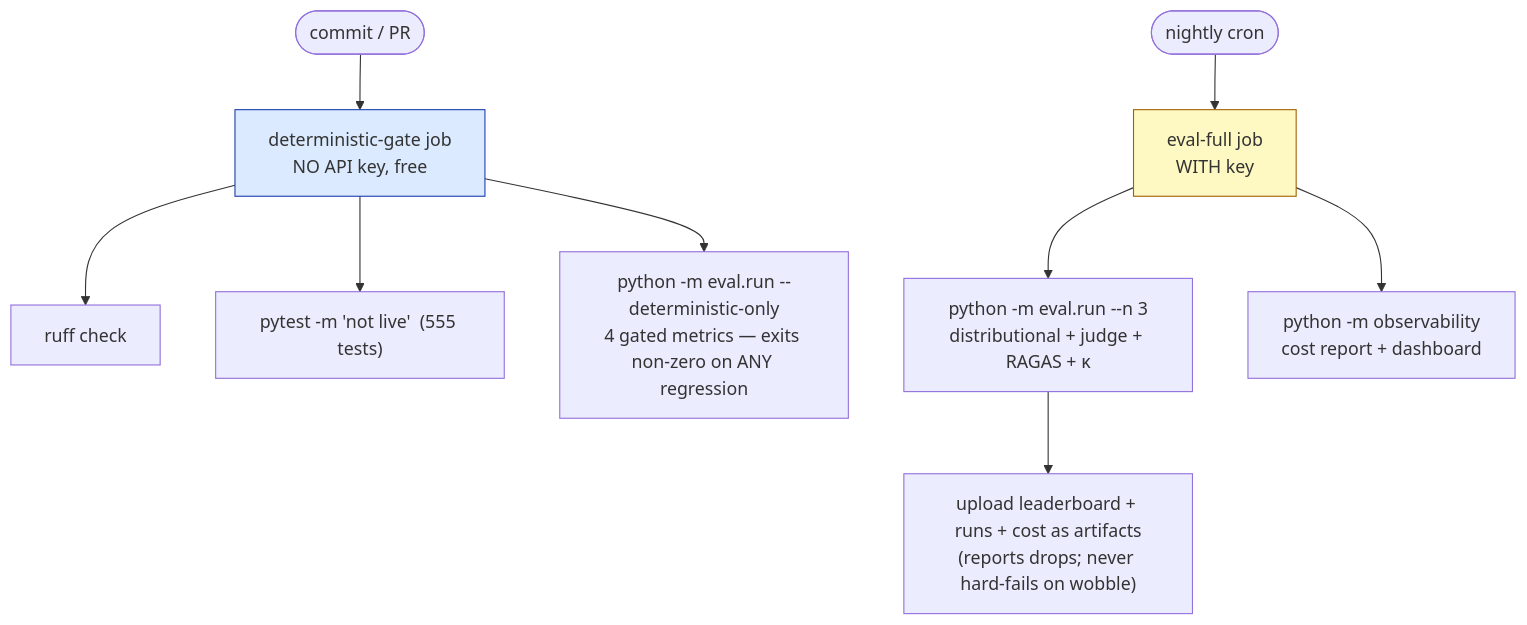
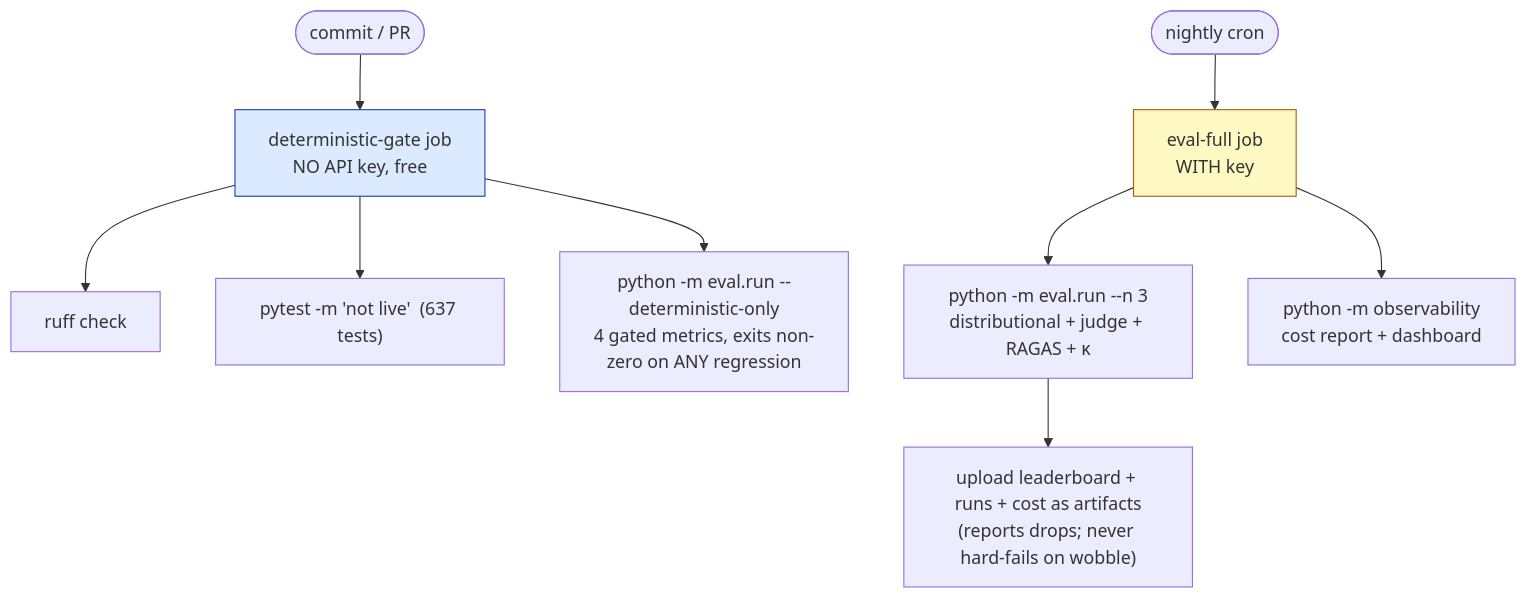
The third of 3 diagrams in docs/architecture.md (dataraptor/scribeintake), drawn with Mermaid before and after one commit. The commit also changed other lines of this file and 28 other files, not shown here.

````diff
--- a/docs/architecture.md
+++ b/docs/architecture.md
@@ -114,15 +111,15 @@
 ```mermaid
 flowchart TD
     C([commit / PR]) --> G["deterministic-gate job<br/>NO API key, free"]
     G --> L["ruff check"]
-    G --> T["pytest -m 'not live'  (555 tests)"]
-    G --> E["python -m eval.run --deterministic-only<br/>4 gated metrics — exits non-zero on ANY regression"]
+    G --> T["pytest -m 'not live'  (637 tests)"]
+    G --> E["python -m eval.run --deterministic-only<br/>4 gated metrics, exits non-zero on ANY regression"]
 
     N([nightly cron]) --> F["eval-full job<br/>WITH key"]
     F --> R["python -m eval.run --n 3<br/>distributional + judge + RAGAS + κ"]
     F --> CO["python -m observability<br/>cost report + dashboard"]
     R --> A["upload leaderboard + runs + cost as artifacts<br/>(reports drops; never hard-fails on wobble)"]
 
     style G fill:#dbeafe,stroke:#1e40af
     style F fill:#fef9c3,stroke:#a16207
 ```
````
